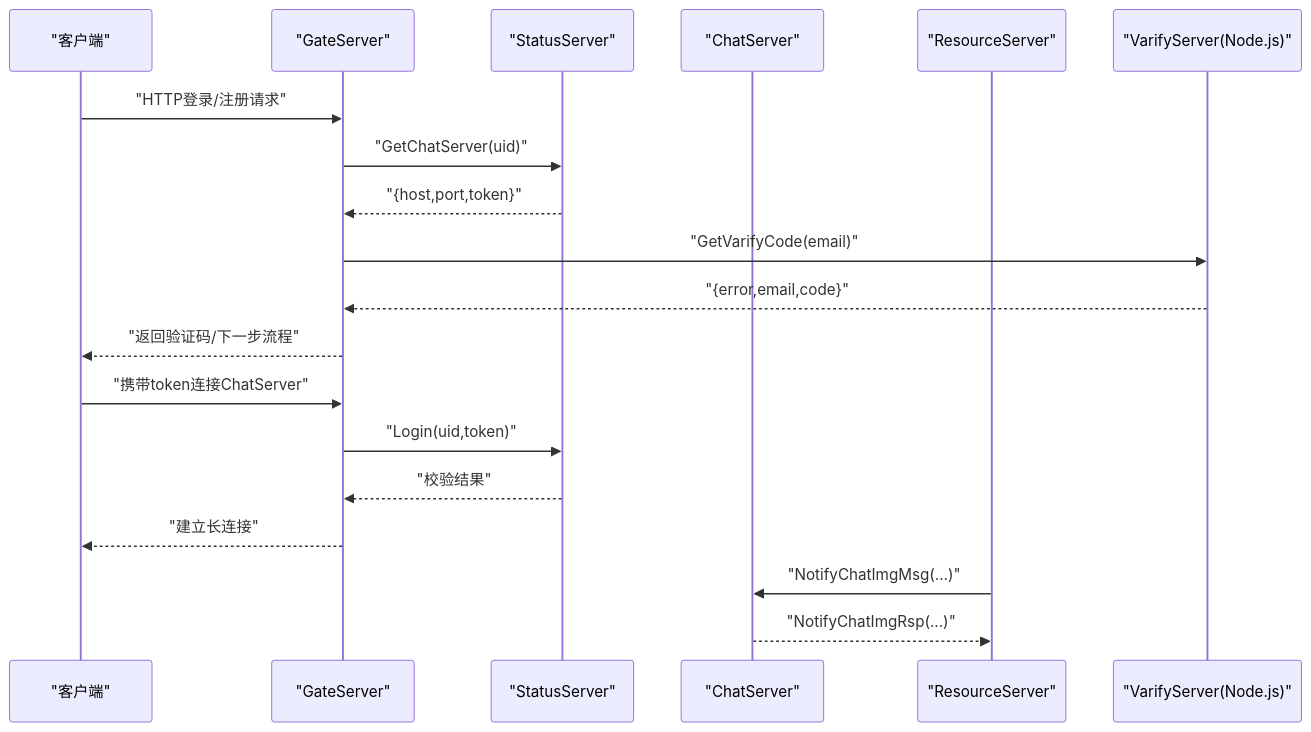
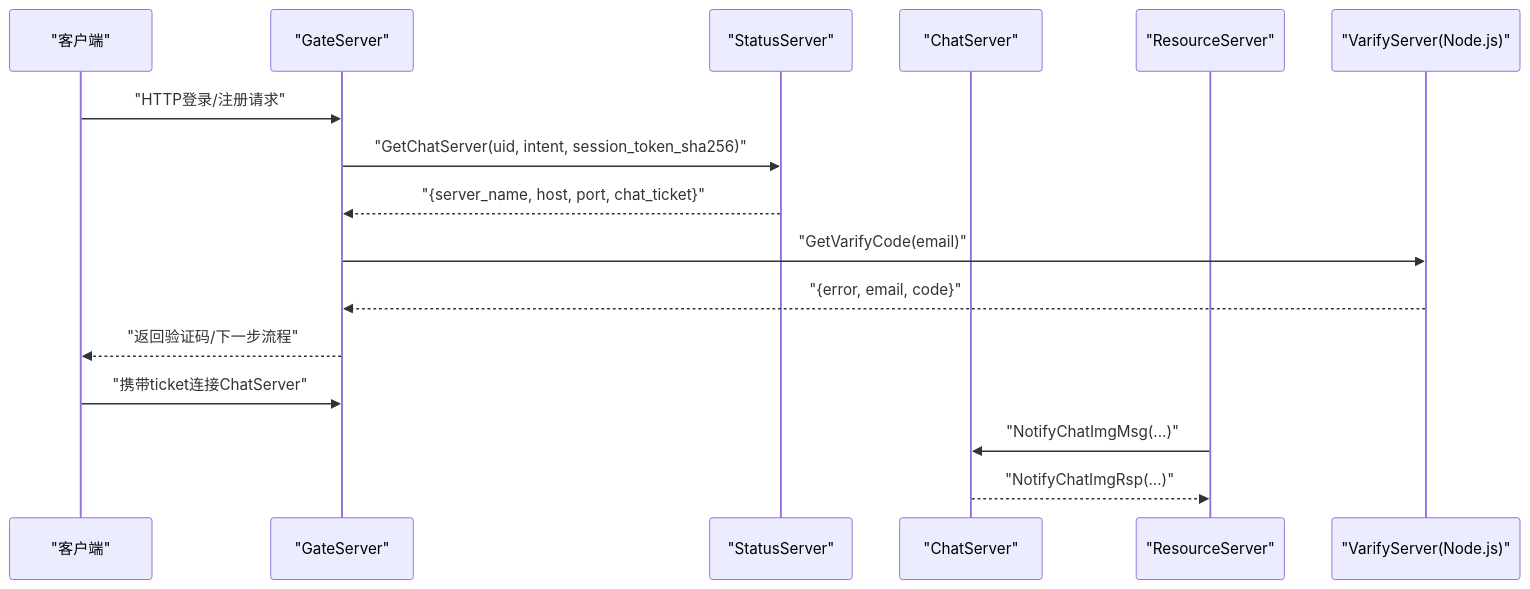
The second of 6 diagrams in .qoder/repowiki/zh/content/架构设计/通信协议设计/gRPC接口设计.md (echo9923/mychatter), drawn with Mermaid before and after one commit. The commit also changed other lines of this file and 107 other files, not shown here.

````diff
--- a/.qoder/repowiki/zh/content/架构设计/通信协议设计/gRPC接口设计.md
+++ b/.qoder/repowiki/zh/content/架构设计/通信协议设计/gRPC接口设计.md
@@ -113,21 +120,18 @@
 ```mermaid
 sequenceDiagram
 participant Client as "客户端"
 participant Gate as "GateServer"
 participant Status as "StatusServer"
 participant Chat as "ChatServer"
 participant Res as "ResourceServer"
 participant Verify as "VarifyServer(Node.js)"
 Client->>Gate : "HTTP登录/注册请求"
-Gate->>Status : "GetChatServer(uid)"
-Status-->>Gate : "{host,port,token}"
+Gate->>Status : "GetChatServer(uid, intent, session_token_sha256)"
+Status-->>Gate : "{server_name, host, port, chat_ticket}"
 Gate->>Verify : "GetVarifyCode(email)"
-Verify-->>Gate : "{error,email,code}"
+Verify-->>Gate : "{error, email, code}"
 Gate-->>Client : "返回验证码/下一步流程"
-Client->>Gate : "携带token连接ChatServer"
-Gate->>Status : "Login(uid,token)"
-Status-->>Gate : "校验结果"
-Gate-->>Client : "建立长连接"
+Client->>Gate : "携带ticket连接ChatServer"
 Res->>Chat : "NotifyChatImgMsg(...)"
 Chat-->>Res : "NotifyChatImgRsp(...)"
 ```
````
